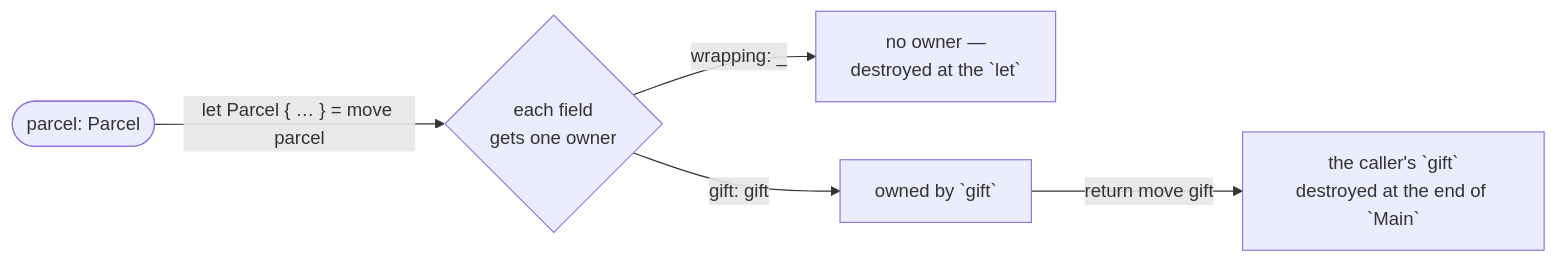
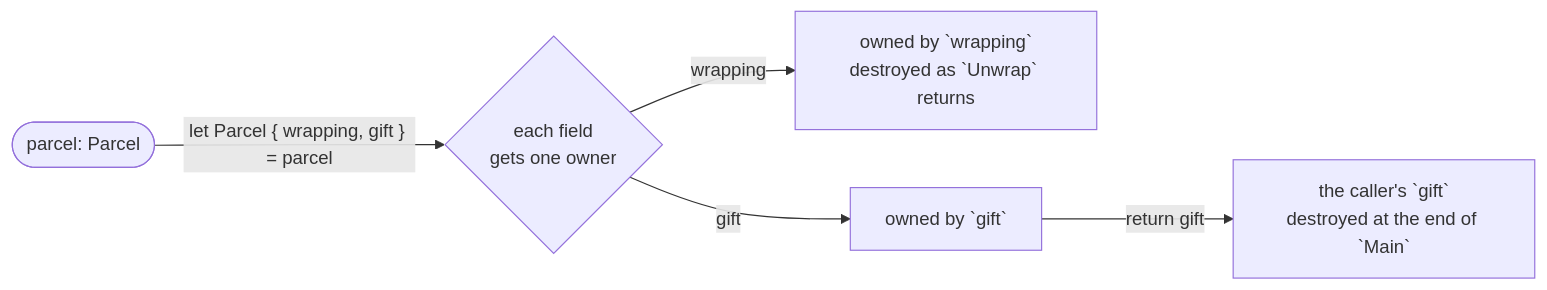
The diagram in content/docs/1.learn/11.ownership/08.replace-swap.md (rux-lang/Web), drawn with Mermaid before and after one commit. The commit also changed other lines of this file and 14 other files, not shown here.

````diff
--- a/content/docs/1.learn/11.ownership/08.replace-swap.md
+++ b/content/docs/1.learn/11.ownership/08.replace-swap.md
@@ -84,7 +122,7 @@
 ```mermaid
 flowchart LR
-    p(["`parcel: Parcel`"]) -- "`let Parcel { … } = move parcel`" --> pat{"each field<br/>gets one owner"}
-    pat -- "`wrapping: _`" --> w["no owner —<br/>destroyed at the `let`"]
-    pat -- "`gift: gift`" --> g["owned by `gift`"]
-    g -- "`return move gift`" --> c["the caller's `gift`<br/>destroyed at the end of `Main`"]
+    p(["`parcel: Parcel`"]) -- "`let Parcel { wrapping, gift } = parcel`" --> pat{"each field<br/>gets one owner"}
+    pat -- "`wrapping`" --> w["owned by `wrapping`<br/>destroyed as `Unwrap` returns"]
+    pat -- "`gift`" --> g["owned by `gift`"]
+    g -- "`return gift`" --> c["the caller's `gift`<br/>destroyed at the end of `Main`"]
 ```
````
